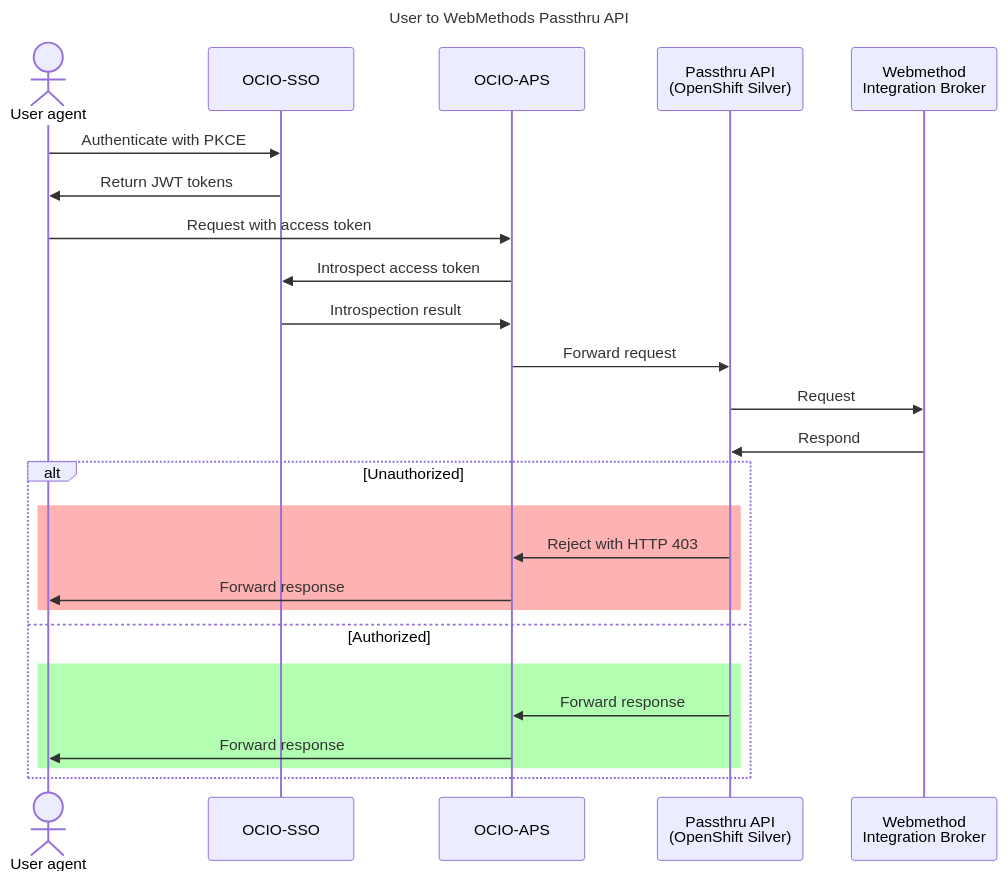
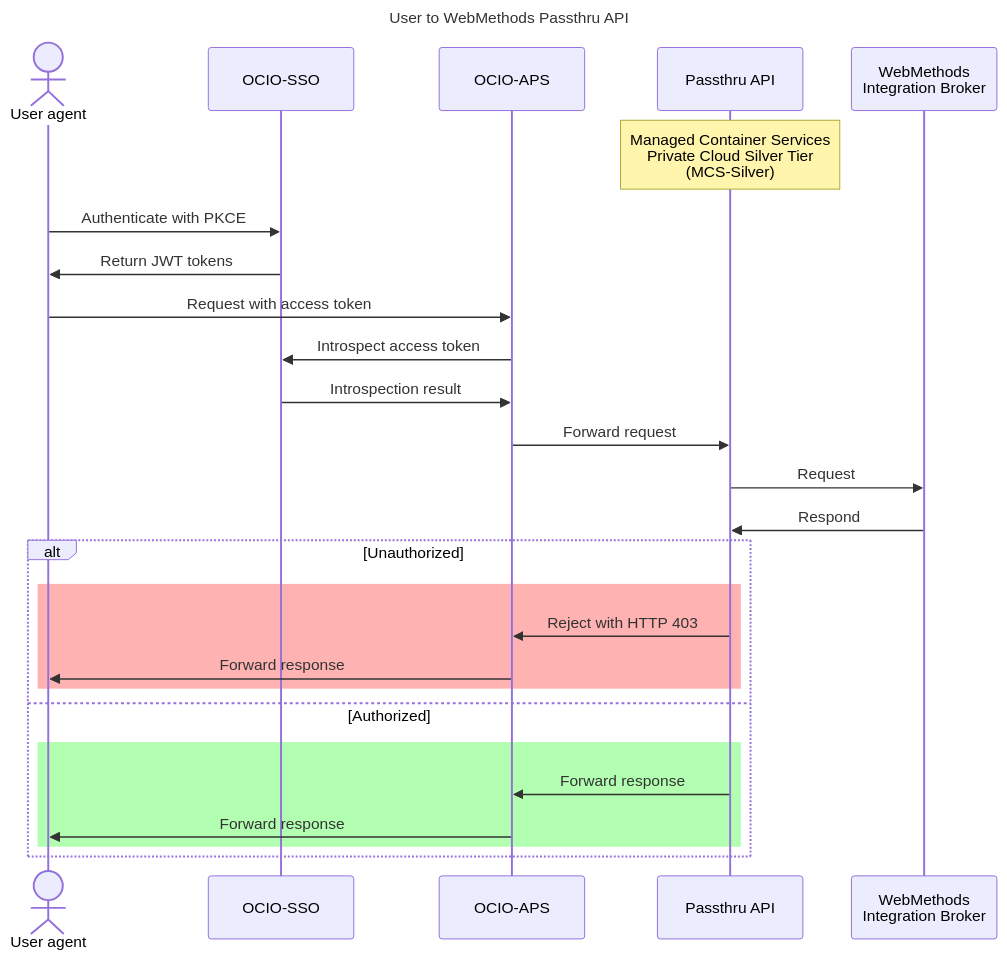
Before and after one commit to bcgov/mcfd-mobility-webmethods-passthru: the diagram in docs/design/user-to-api-sequence.md, drawn with Mermaid. The commit also changed 2 other files, not shown here.

Commit message:
Use more generic descriptions

````diff
--- a/docs/design/user-to-api-sequence.md
+++ b/docs/design/user-to-api-sequence.md
@@ -1,36 +1,37 @@
 ```mermaid
 ---
 title: User to WebMethods Passthru API
 ---
 sequenceDiagram
   actor User as User agent
   participant Keycloak as OCIO-SSO
   participant Kong as OCIO-APS
-  participant Api as Passthru API<br/>(OpenShift Silver)
-  participant Up as Webmethod<br/> Integration Broker
+  participant Api as Passthru API
+  participant Up as WebMethods<br/> Integration Broker
+  note over Api: Managed Container Services <br> Private Cloud Silver Tier <br> (MCS-Silver)
 
   User->>Keycloak : Authenticate with PKCE
   Keycloak ->>User: Return JWT tokens
 
   User->>Kong : Request with access token
   Kong ->>Keycloak : Introspect access token
   Keycloak ->>Kong : Introspection result
 
   Kong ->>Api: Forward request
 
   Api->>Up: Request
   Up->>Api: Respond
 
   alt Unauthorized
     rect rgba(255, 0, 0, 0.3)
       Api->>Kong : Reject with HTTP 403
       Kong ->>User: Forward response
     end
 
   else Authorized
     rect rgba(0, 255, 0, 0.3)
       Api->>Kong : Forward response
       Kong ->>User: Forward response
     end
   end
 ```
````
